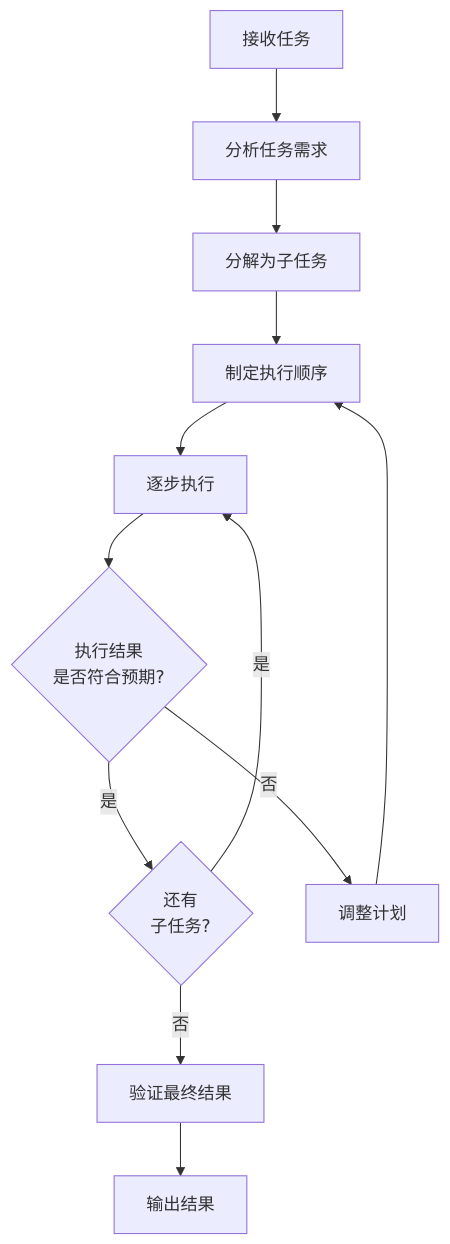
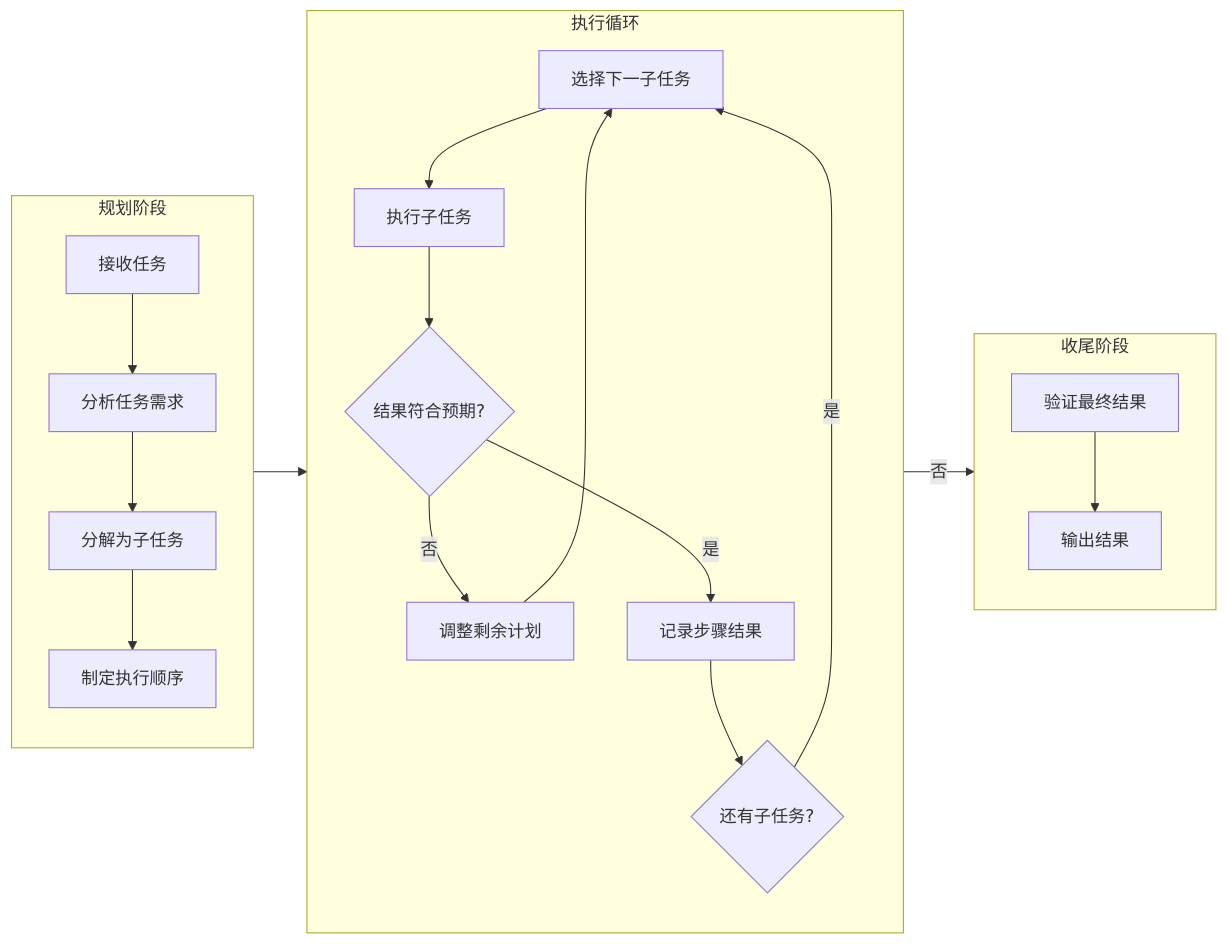
The third of 3 diagrams in docs/chapters/05-reasoning-planning/README.md (dollarser/modern-ai-agent-architecture), drawn with Mermaid before and after one commit. The commit also changed other lines of this file and 1 other file, not shown here.

Commit message:
Improve chapter 5 diagram layouts

````diff
--- a/docs/chapters/05-reasoning-planning/README.md
+++ b/docs/chapters/05-reasoning-planning/README.md
@@ -375,14 +378,28 @@
 ```mermaid
-flowchart TD
-    Task[接收任务] --> Analyze[分析任务需求]
-    Analyze --> Decompose[分解为子任务]
-    Decompose --> Schedule[制定执行顺序]
-    Schedule --> Execute[逐步执行]
-    Execute --> Check{执行结果<br/>是否符合预期?}
-    Check -->|是| Next{还有<br/>子任务?}
-    Check -->|否| Replan[调整计划]
-    Replan --> Schedule
-    Next -->|是| Execute
-    Next -->|否| Verify[验证最终结果]
-    Verify --> Done[输出结果]
+flowchart LR
+    subgraph Planning["规划阶段"]
+        direction TB
+        Task[接收任务] --> Analyze[分析任务需求]
+        Analyze --> Decompose[分解为子任务]
+        Decompose --> Schedule[制定执行顺序]
+    end
+
+    subgraph Running["执行循环"]
+        direction TB
+        Select[选择下一子任务] --> Execute[执行子任务]
+        Execute --> Check{结果符合预期?}
+        Check -->|否| Replan[调整剩余计划]
+        Replan --> Select
+        Check -->|是| Complete[记录步骤结果]
+        Complete --> Next{还有子任务?}
+        Next -->|是| Select
+    end
+
+    subgraph Finish["收尾阶段"]
+        direction TB
+        Verify[验证最终结果] --> Done[输出结果]
+    end
+
+    Schedule --> Select
+    Next -->|否| Verify
 ```
````
